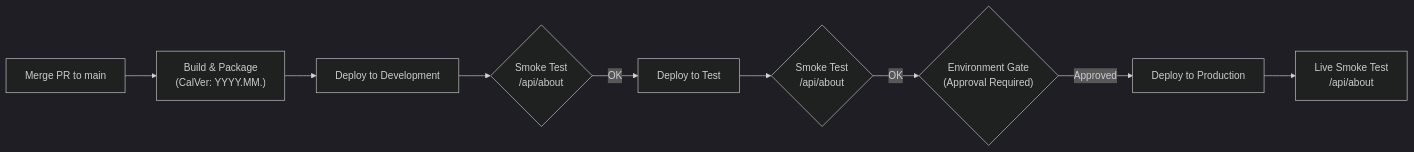
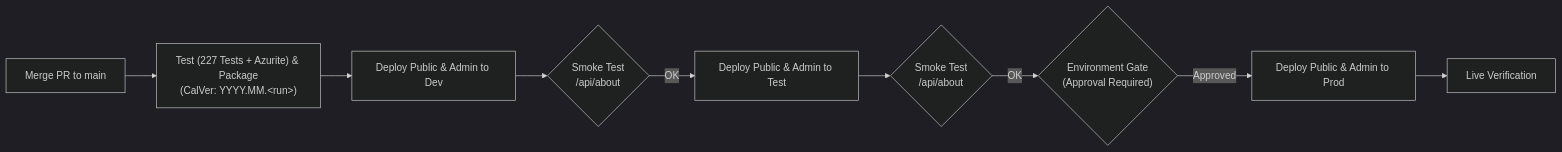
The diagram in docs/DEPLOYMENT.md (DFE-Digital/estate-data-collection), drawn with Mermaid (dark theme) before and after one commit. The commit also changed other lines of this file and 10 other files, not shown here.

Commit message:
docs: add ADRs 0017-0022 and update README, architecture, and deployment guides

````diff
--- a/docs/DEPLOYMENT.md
+++ b/docs/DEPLOYMENT.md
@@ -52,11 +64,11 @@
 ```mermaid
 flowchart LR
-    Merge["Merge PR to main"] --> Build["Build & Package\n(CalVer: YYYY.MM.<run>)"]
-    Build --> Dev["Deploy to Development"]
+    Merge["Merge PR to main"] --> Build["Test (227 Tests + Azurite) &amp; Package\n(CalVer: YYYY.MM.&lt;run&gt;)"]
+    Build --> Dev["Deploy Public &amp; Admin to Dev"]
     Dev --> SmokeDev{"Smoke Test\n/api/about"}
-    SmokeDev -- OK --> Test["Deploy to Test"]
+    SmokeDev -- OK --> Test["Deploy Public &amp; Admin to Test"]
     Test --> SmokeTest{"Smoke Test\n/api/about"}
     SmokeTest -- OK --> Gate{"Environment Gate\n(Approval Required)"}
-    Gate -- Approved --> Prod["Deploy to Production"]
-    Prod --> SmokeProd["Live Smoke Test\n/api/about"]
+    Gate -- Approved --> Prod["Deploy Public &amp; Admin to Prod"]
+    Prod --> SmokeProd["Live Verification"]
 ```
````
